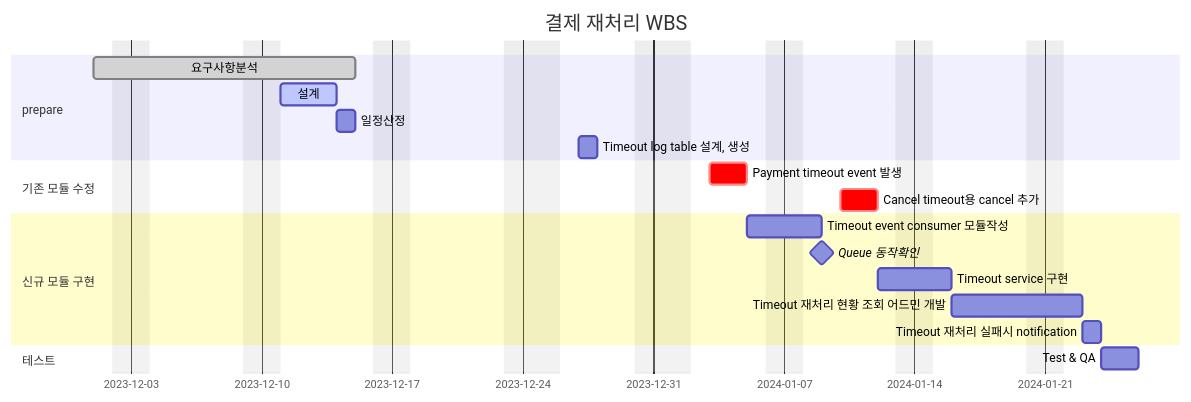
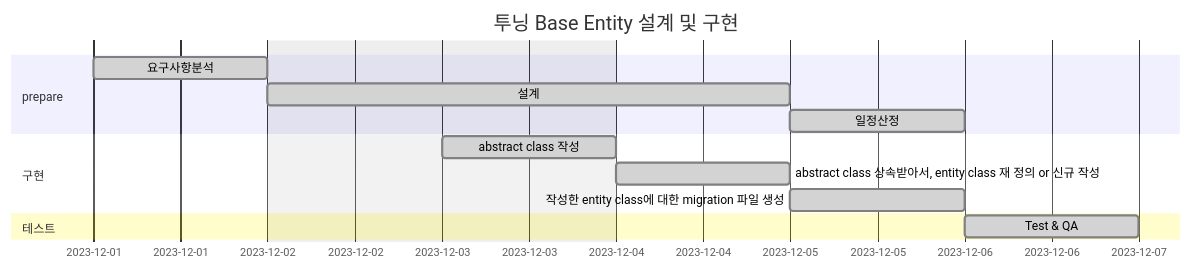
One commit to shp7408/career-wbs changed the fifth of 5 diagrams in WBS-shp7408-01.md. Above: the diagram before and after it, drawn with Mermaid. The commit also changed other lines of this file, not shown here.

Commit message:
wbs 01 작성 완료

````diff
--- a/WBS-shp7408-01.md
+++ b/WBS-shp7408-01.md
@@ -366,28 +299,21 @@
 ```mermaid
 gantt
     dateFormat  YYYY-MM-DD
-    title       결제 재처리 WBS
-    excludes    weekends, 2023-12-25, 2024-01-01
+    title       투닝 Base Entity 설계 및 구현
+    excludes    weekends, 2023-12-21, 2023-12-25, 2023-12-29, 2024-01-01, 2024-01-11
     %% (`excludes` accepts specific dates in YYYY-MM-DD format, days of the week ("sunday") or "weekends", but not the word "weekdays".)
 
     section prepare
-    요구사항분석                    :done,    des1, 2023-12-01, 10d
-    설계                            :active,  des2, 2023-12-11, 3d
-    일정산정                        :         des3, after des2, 1d
-    Timeout log table 설계, 생성    :       des4, 2023-12-27, 1d
+    요구사항분석                                                :done,         des1, 2023-12-01, 1d
+    설계                                                      :done,         des2, 2023-12-02, 2d
+    일정산정                                                   :done,         des3, after des2, 1d
 
-    section 기존 모듈 수정
-    Payment timeout event 발생          :crit, b1, 2024-01-03,2d
-    Cancel timeout용 cancel 추가        :crit, b2, 2024-01-10, 2d
-
-    section 신규 모듈 구현
-    Timeout event consumer 모듈작성    :c1, after b1, 2d
-    Queue 동작확인                      :milestone, after c1, 0d
-    Timeout service 구현                  :c2, after b2  , 2d
-    Timeout 재처리 현황 조회 어드민 개발    :c3, after c2  , 5d
-    Timeout 재처리 실패시 notification     : c4, after c3, 1d
+    section 구현
+    abstract class 작성                                       :done,         des4, 2023-12-03, 1d
+    abstract class 상속받아서, entity class 재 정의 or 신규 작성    :done,        des5, 2023-12-04, 1d
+    작성한 entity class에 대한 migration 파일 생성                 :done,        des6, 2023-12-05, 1d
 
     section 테스트
-    Test & QA                           :after c4, 2d
+    Test & QA                                                :done,          des7, 2023-12-06, 1d
 
 ```
````
